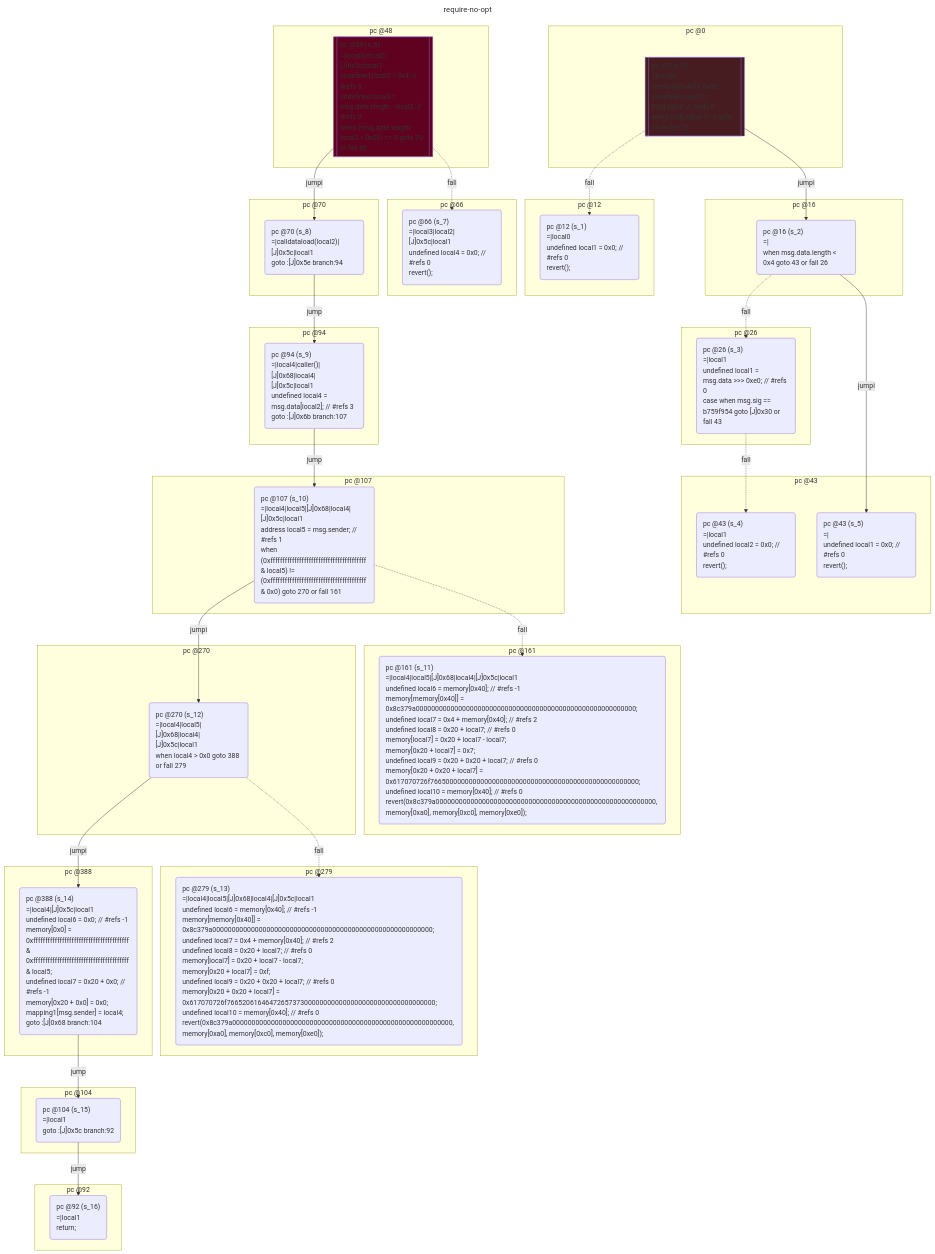
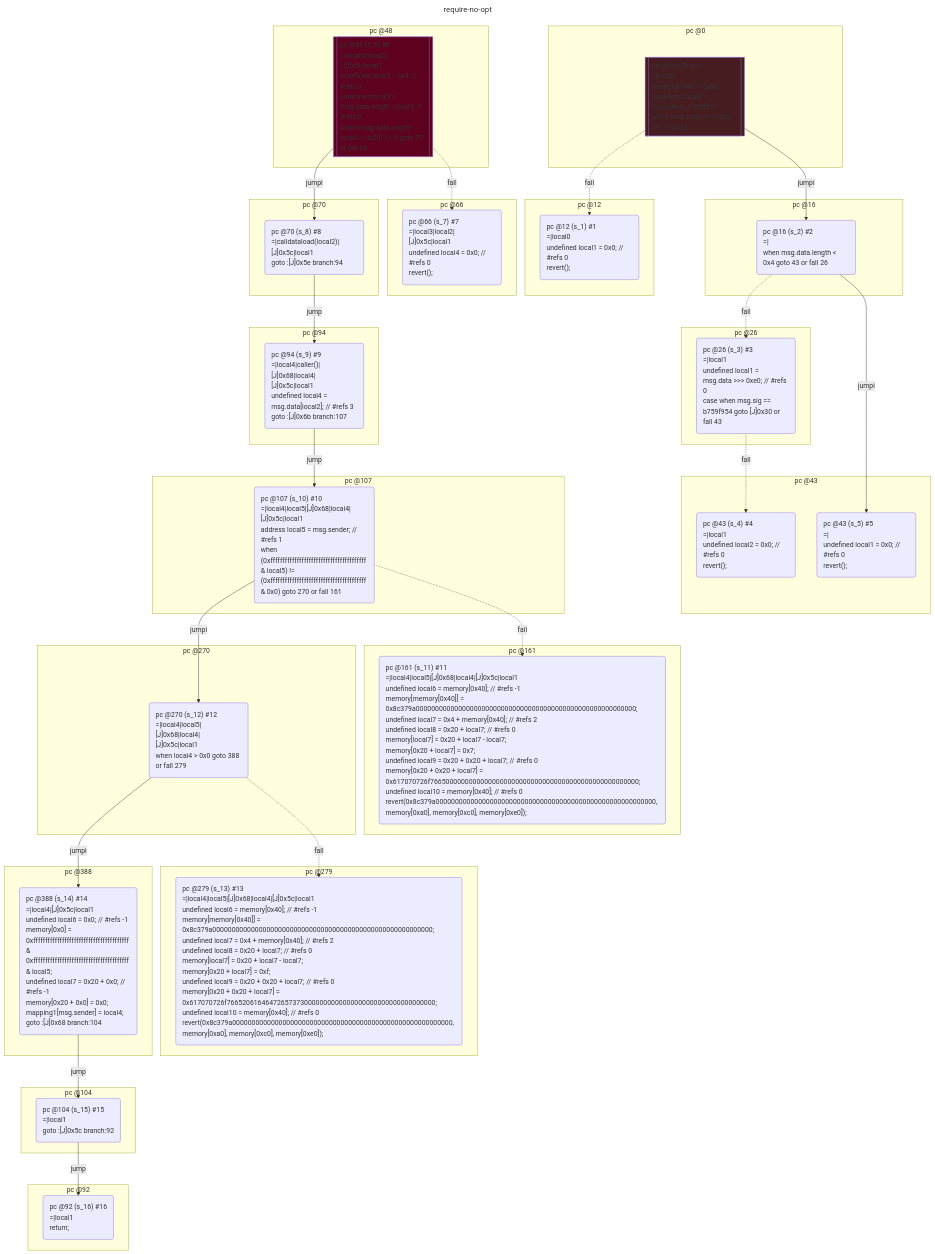
The first of 2 diagrams in test/__snapshots__/contracts/control/require.snap.md (acuarica/evm), drawn with Mermaid before and after one commit. The commit also changed other lines of this file and 18 other files, not shown here.

```diff
--- a/test/__snapshots__/contracts/control/require.snap.md
+++ b/test/__snapshots__/contracts/control/require.snap.md
@@ -82,7 +82,7 @@
 flowchart TD
   classDef state text-align:left
   subgraph cluster_0 ["pc @0"]
-    s_0[["pc @0 (s_0)
+    s_0[["pc @0 (s_0) #0
 =|local0
 memory[0x40] = 0x80;
 undefined local0 = msg.value; // #refs 0
@@ -92,7 +92,7 @@
     style s_0 fill:#471C21
   end
   subgraph cluster_12 ["pc @12"]
-    s_1("pc @12 (s_1)
+    s_1("pc @12 (s_1) #1
 =|local0
 undefined local1 = 0x0; // #refs 0
 revert();
@@ -100,14 +100,14 @@
     class s_1 state
   end
   subgraph cluster_16 ["pc @16"]
-    s_2("pc @16 (s_2)
+    s_2("pc @16 (s_2) #2
 =|
 when msg.data.length < 0x4 goto 43 or fall 26
 ")
     class s_2 state
   end
   subgraph cluster_26 ["pc @26"]
-    s_3("pc @26 (s_3)
+    s_3("pc @26 (s_3) #3
 =|local1
 undefined local1 = msg.data >>> 0xe0; // #refs 0
 case when msg.sig == b759f954 goto [J]0x30 or fall 43
@@ -115,13 +115,13 @@
     class s_3 state
   end
   subgraph cluster_43 ["pc @43"]
-    s_4("pc @43 (s_4)
+    s_4("pc @43 (s_4) #4
 =|local1
 undefined local2 = 0x0; // #refs 0
 revert();
 ")
     class s_4 state
-    s_5("pc @43 (s_5)
+    s_5("pc @43 (s_5) #5
 =|
 undefined local1 = 0x0; // #refs 0
 revert();
@@ -129,7 +129,7 @@
     class s_5 state
   end
   subgraph cluster_48 ["pc @48"]
-    s_6[["pc @48 (s_6)
+    s_6[["pc @48 (s_6) #6
 =|local3|local2|[J]0x5c|local1
 undefined local2 = 0x4; // #refs 3
 undefined local3 = msg.data.length - local2; // #refs 0
@@ -139,7 +139,7 @@
     style s_6 fill:#5F021F
   end
   subgraph cluster_66 ["pc @66"]
-    s_7("pc @66 (s_7)
+    s_7("pc @66 (s_7) #7
 =|local3|local2|[J]0x5c|local1
 undefined local4 = 0x0; // #refs 0
 revert();
@@ -147,14 +147,14 @@
     class s_7 state
   end
   subgraph cluster_70 ["pc @70"]
-    s_8("pc @70 (s_8)
+    s_8("pc @70 (s_8) #8
 =|calldataload(local2)|[J]0x5c|local1
 goto :[J]0x5e branch:94
 ")
     class s_8 state
   end
   subgraph cluster_94 ["pc @94"]
-    s_9("pc @94 (s_9)
+    s_9("pc @94 (s_9) #9
 =|local4|caller()|[J]0x68|local4|[J]0x5c|local1
 undefined local4 = msg.data[local2]; // #refs 3
 goto :[J]0x6b branch:107
@@ -162,7 +162,7 @@
     class s_9 state
   end
   subgraph cluster_107 ["pc @107"]
-    s_10("pc @107 (s_10)
+    s_10("pc @107 (s_10) #10
 =|local4|local5|[J]0x68|local4|[J]0x5c|local1
 address local5 = msg.sender; // #refs 1
 when (0xffffffffffffffffffffffffffffffffffffffff & local5) != (0xffffffffffffffffffffffffffffffffffffffff & 0x0) goto 270 or fall 161
@@ -170,7 +170,7 @@
     class s_10 state
   end
   subgraph cluster_161 ["pc @161"]
-    s_11("pc @161 (s_11)
+    s_11("pc @161 (s_11) #11
 =|local4|local5|[J]0x68|local4|[J]0x5c|local1
 undefined local6 = memory[0x40]; // #refs -1
 memory[memory[0x40]] = 0x8c379a000000000000000000000000000000000000000000000000000000000;
@@ -186,14 +186,14 @@
     class s_11 state
   end
   subgraph cluster_270 ["pc @270"]
-    s_12("pc @270 (s_12)
+    s_12("pc @270 (s_12) #12
 =|local4|local5|[J]0x68|local4|[J]0x5c|local1
 when local4 > 0x0 goto 388 or fall 279
 ")
     class s_12 state
   end
   subgraph cluster_279 ["pc @279"]
-    s_13("pc @279 (s_13)
+    s_13("pc @279 (s_13) #13
 =|local4|local5|[J]0x68|local4|[J]0x5c|local1
 undefined local6 = memory[0x40]; // #refs -1
 memory[memory[0x40]] = 0x8c379a000000000000000000000000000000000000000000000000000000000;
@@ -209,7 +209,7 @@
     class s_13 state
   end
   subgraph cluster_388 ["pc @388"]
-    s_14("pc @388 (s_14)
+    s_14("pc @388 (s_14) #14
 =|local4|[J]0x5c|local1
 undefined local6 = 0x0; // #refs -1
 memory[0x0] = 0xffffffffffffffffffffffffffffffffffffffff & 0xffffffffffffffffffffffffffffffffffffffff & local5;
@@ -221,14 +221,14 @@
     class s_14 state
   end
   subgraph cluster_104 ["pc @104"]
-    s_15("pc @104 (s_15)
+    s_15("pc @104 (s_15) #15
 =|local1
 goto :[J]0x5c branch:92
 ")
     class s_15 state
   end
   subgraph cluster_92 ["pc @92"]
-    s_16("pc @92 (s_16)
+    s_16("pc @92 (s_16) #16
 =|local1
 return;
 ")
```
